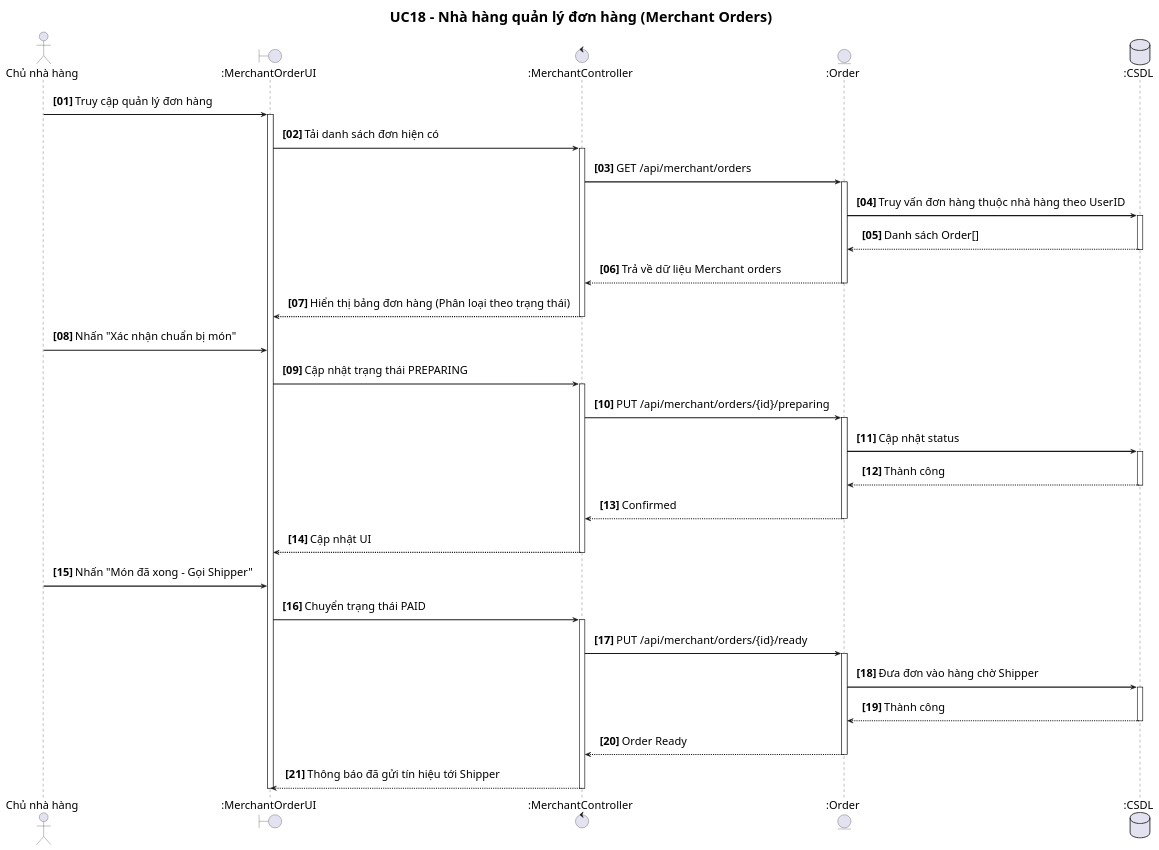
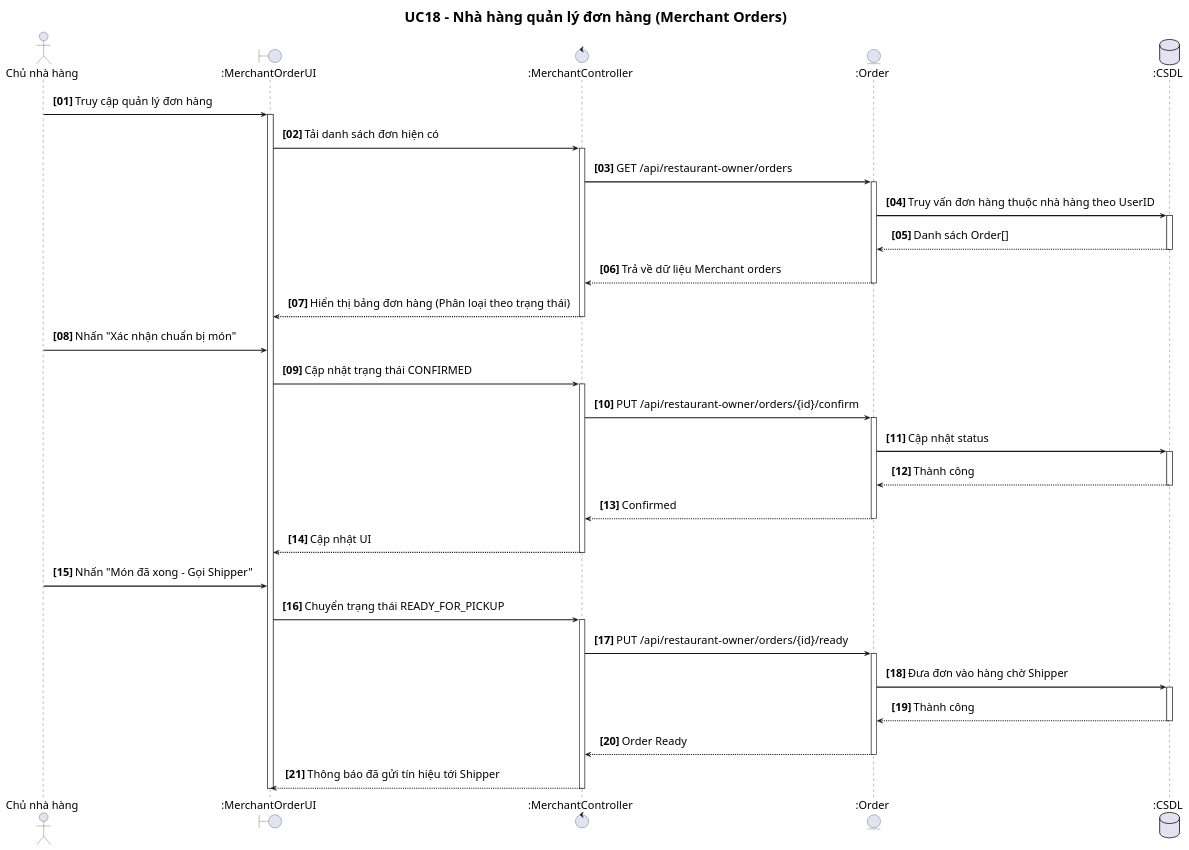
One commit to Gonztbl/DATN_FRONT-END changed the diagram in front-end/src/usecaseUML/UC18_NhaHangQuanLyDon.puml. Above: the diagram before and after it, drawn with PlantUML. The commit also changed 40 other files, not shown here.

```diff
--- a/front-end/src/usecaseUML/UC18_NhaHangQuanLyDon.puml
+++ b/front-end/src/usecaseUML/UC18_NhaHangQuanLyDon.puml
@@ -1,73 +1,73 @@
 @startuml UC18_NhaHangQuanLyDon
 title UC18 - Nhà hàng quản lý đơn hàng (Merchant Orders)
 
 autonumber "<b>[00]</b>"
 skinparam sequenceArrowThickness 2
 skinparam roundcorner 10
 skinparam defaultFontSize 20
 skinparam titleFontSize 26
 skinparam sequenceFontSize 19
 skinparam sequenceMessageFontSize 20
 skinparam sequenceActorFontSize 20
 skinparam sequenceParticipantFontSize 20
 skinparam noteFontSize 18
 skinparam sequenceArrowFontSize 20
 skinparam sequence {
     ParticipantPadding 30
     LifeLinePadding 20
     MessagePadding 10
 }
 
 actor "Chủ nhà hàng" as Merchant
 boundary ":MerchantOrderUI" as UI
 control ":MerchantController" as CTRL
 entity ":Order" as API
 database ":CSDL" as DB
 
 Merchant -> UI : Truy cập quản lý đơn hàng
 activate UI
 
 UI -> CTRL : Tải danh sách đơn hiện có
 activate CTRL
-CTRL -> API : GET /api/merchant/orders
+CTRL -> API : GET /api/restaurant-owner/orders
 activate API
 API -> DB : Truy vấn đơn hàng thuộc nhà hàng theo UserID
 activate DB
 DB --> API : Danh sách Order[]
 deactivate DB
 API --> CTRL : Trả về dữ liệu Merchant orders
 deactivate API
 CTRL --> UI : Hiển thị bảng đơn hàng (Phân loại theo trạng thái)
 deactivate CTRL
 
 Merchant -> UI : Nhấn "Xác nhận chuẩn bị món"
-UI -> CTRL : Cập nhật trạng thái PREPARING
+UI -> CTRL : Cập nhật trạng thái CONFIRMED
 activate CTRL
-CTRL -> API : PUT /api/merchant/orders/{id}/preparing
+CTRL -> API : PUT /api/restaurant-owner/orders/{id}/confirm
 activate API
 API -> DB : Cập nhật status
 activate DB
 DB --> API : Thành công
 deactivate DB
 API --> CTRL : Confirmed
 deactivate API
 CTRL --> UI : Cập nhật UI
 deactivate CTRL
 
 Merchant -> UI : Nhấn "Món đã xong - Gọi Shipper"
-UI -> CTRL : Chuyển trạng thái PAID
+UI -> CTRL : Chuyển trạng thái READY_FOR_PICKUP
 activate CTRL
-CTRL -> API : PUT /api/merchant/orders/{id}/ready
+CTRL -> API : PUT /api/restaurant-owner/orders/{id}/ready
 activate API
 API -> DB : Đưa đơn vào hàng chờ Shipper
 activate DB
 DB --> API : Thành công
 deactivate DB
 API --> CTRL : Order Ready
 deactivate API
 CTRL --> UI : Thông báo đã gửi tín hiệu tới Shipper
 deactivate CTRL
 
 deactivate UI
 
 @enduml
```
